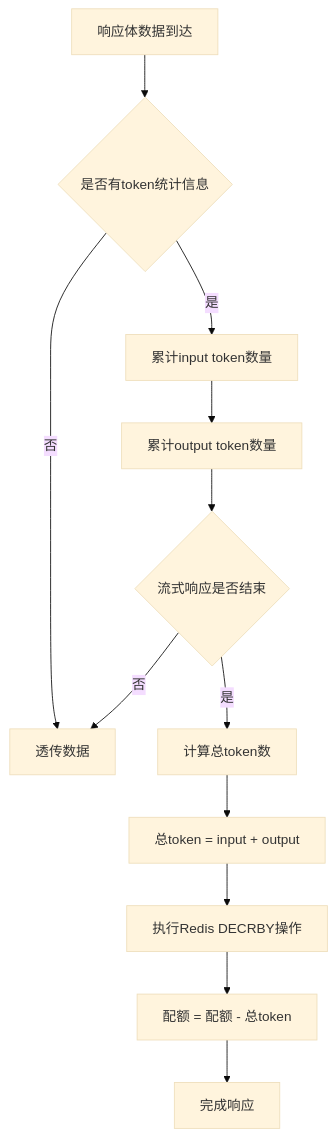
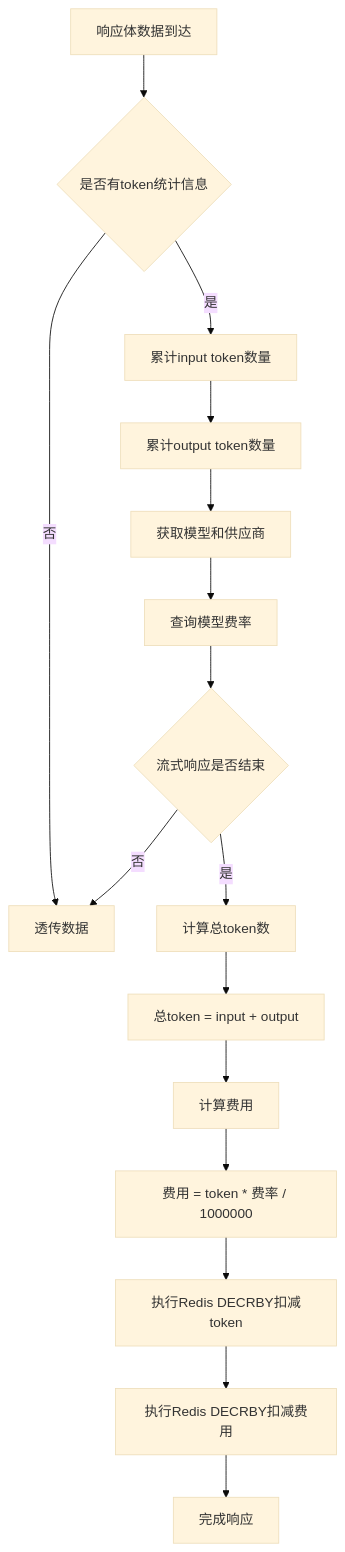
One commit to amamibamihong/higress changed the fifth of 5 diagrams in plugins/wasm-go/extensions/ai-quota/README.md. Above: the diagram before and after it, drawn with Mermaid (base theme). The commit also changed other lines of this file and 2 other files, not shown here.

````diff
--- a/plugins/wasm-go/extensions/ai-quota/README.md
+++ b/plugins/wasm-go/extensions/ai-quota/README.md
@@ -197,14 +231,18 @@
 ```mermaid
 graph TD
     A[响应体数据到达] --> B{是否有token统计信息}
     B -->|否| C[透传数据]
     B -->|是| D[累计input token数量]
     D --> E[累计output token数量]
-    E --> F{流式响应是否结束}
-    F -->|否| C
-    F -->|是| G[计算总token数]
-    G --> H[总token = input + output]
-    H --> I[执行Redis DECRBY操作]
-    I --> J[配额 = 配额 - 总token]
-    J --> K[完成响应]
+    E --> F[获取模型和供应商]
+    F --> G[查询模型费率]
+    G --> H{流式响应是否结束}
+    H -->|否| C
+    H -->|是| I[计算总token数]
+    I --> J[总token = input + output]
+    J --> K[计算费用]
+    K --> L[费用 = token * 费率 / 1000000]
+    L --> M[执行Redis DECRBY扣减token]
+    M --> N[执行Redis DECRBY扣减费用]
+    N --> O[完成响应]
 ```
````
